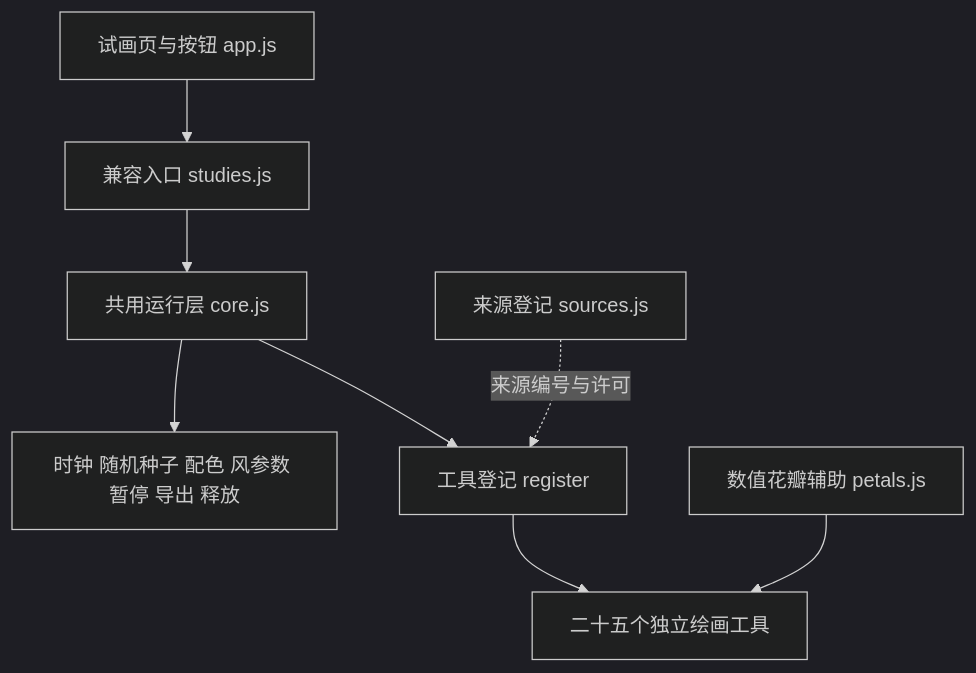
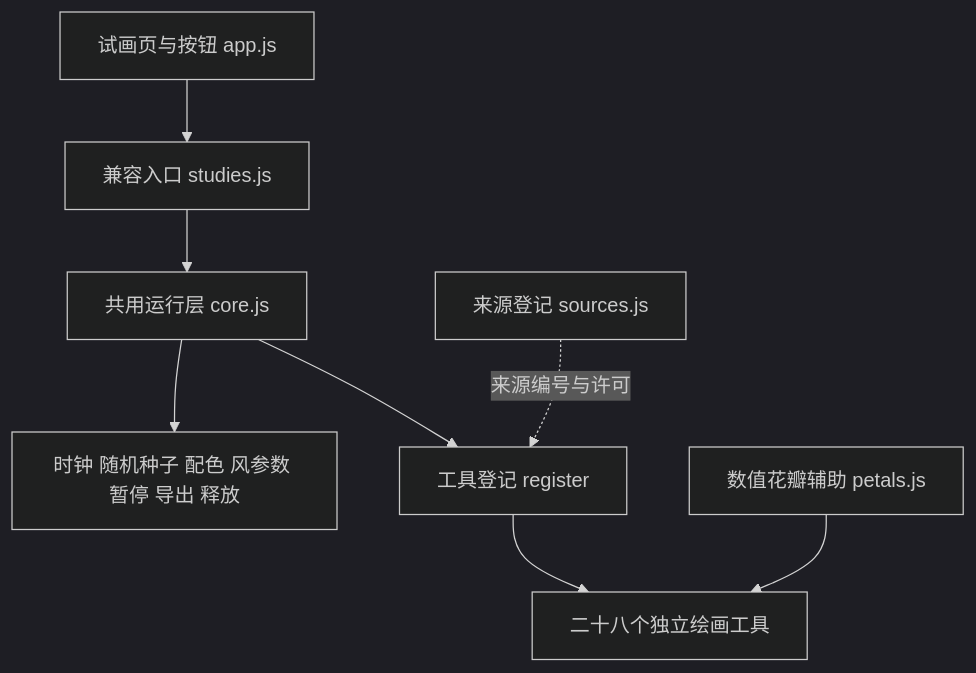
One commit to tuolaskifc/flowing-poetry changed the diagram in experiments/imagery-library/drawing/README.md. Above: the diagram before and after it, drawn with Mermaid (dark theme). The commit also changed other lines of this file and 35 other files, not shown here.

````diff
--- a/experiments/imagery-library/drawing/README.md
+++ b/experiments/imagery-library/drawing/README.md
@@ -9,10 +9,10 @@
 ```mermaid
 flowchart TD
   ui[试画页与按钮 app.js] --> facade[兼容入口 studies.js]
   facade --> core[共用运行层 core.js]
   core --> registry[工具登记 register]
-  registry --> tools[二十五个独立绘画工具]
+  registry --> tools[二十八个独立绘画工具]
   sources[来源登记 sources.js] -. 来源编号与许可 .-> registry
   core --> common[时钟 随机种子 配色 风参数 暂停 导出 释放]
   petals[数值花瓣辅助 petals.js] --> tools
 ```
````
